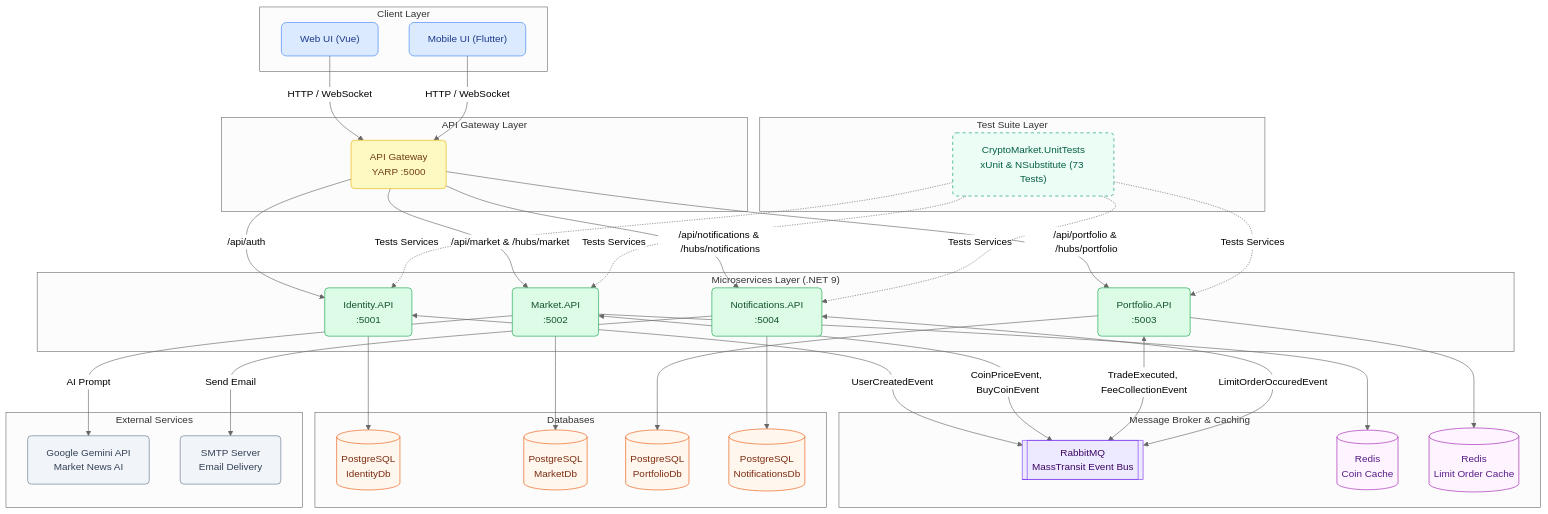
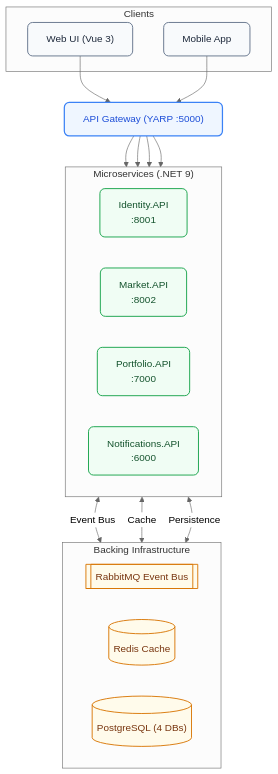
One commit to ibrahimkabadayi/CryptoMarket changed the diagram in README.md. Above: the diagram before and after it, drawn with Mermaid (neutral theme). The commit also changed other lines of this file, not shown here.

Commit message:
docs: simplify and update backend README.md with concise overview and feature highlights

````diff
--- a/README.md
+++ b/README.md
@@ -47,91 +35,43 @@
 ```mermaid
-  graph TB
-    subgraph clients["Client Layer"]
-        W["Web UI (Vue)"]
-        M["Mobile UI (Flutter)"]
+flowchart TD
+    %% Last verified against commit: be4cbee
+
+    subgraph Clients ["Clients"]
+        Web["Web UI (Vue 3)"]
+        Mobile["Mobile App"]
     end
 
-    subgraph gateway["API Gateway Layer"]
-        GW["API Gateway<br/>YARP :5000"]
+    Gateway["API Gateway (YARP :5000)"]
+
+    subgraph Services ["Microservices (.NET 9)"]
+        direction LR
+        Identity["Identity.API<br/>:8001"]
+        Market["Market.API<br/>:8002"]
+        Portfolio["Portfolio.API<br/>:7000"]
+        Notifications["Notifications.API<br/>:6000"]
     end
 
-    subgraph backend["Microservices Layer (.NET 9)"]
-        ID["Identity.API<br/>:5001"]
-        MK["Market.API<br/>:5002"]
-        PF["Portfolio.API<br/>:5003"]
-        NO["Notifications.API<br/>:5004"]
+    subgraph Infrastructure ["Backing Infrastructure"]
+        direction LR
+        Bus[["RabbitMQ Event Bus"]]
+        Cache[("Redis Cache")]
+        DBs[("PostgreSQL (4 DBs)")]
     end
 
-    subgraph testing["Test Suite Layer"]
-        UT["CryptoMarket.UnitTests<br/>xUnit & NSubstitute (73 Tests)"]
-    end
+    Web & Mobile --> Gateway
+    Gateway --> Identity & Market & Portfolio & Notifications
 
-    subgraph messaging["Message Broker & Caching"]
-        RMQ[["RabbitMQ<br/>MassTransit Event Bus"]]
-        RD1[("Redis<br/>Coin Cache")]
-        RD2[("Redis<br/>Limit Order Cache")]
-    end
+    Services <-->|Event Bus| Bus
+    Services <-->|Cache| Cache
+    Services <-->|Persistence| DBs
 
-    subgraph persistence["Databases"]
-        PG1[("PostgreSQL<br/>IdentityDb")]
-        PG2[("PostgreSQL<br/>MarketDb")]
-        PG3[("PostgreSQL<br/>PortfolioDb")]
-        PG4[("PostgreSQL<br/>NotificationsDb")]
-    end
+    classDef client fill:#f8fafc,stroke:#64748b,stroke-width:1.5px,color:#1e293b,rx:8
+    classDef gw fill:#eff6ff,stroke:#3b82f6,stroke-width:2px,color:#1d4ed8,rx:8
+    classDef svc fill:#f0fdf4,stroke:#16a34a,stroke-width:1.5px,color:#14532d,rx:8
+    classDef infra fill:#fffbeb,stroke:#d97706,stroke-width:1.5px,color:#78350f,rx:8
 
-    subgraph external["External Services"]
-        GEMINI["Google Gemini API<br/>Market News AI"]
-        SMTP["SMTP Server<br/>Email Delivery"]
-    end
-
-    %% Client Traffic
-    W & M -->|HTTP / WebSocket| GW
-
-    %% Gateway Routing
-    GW -->|/api/auth| ID
-    GW -->|/api/market & /hubs/market| MK
-    GW -->|/api/portfolio & /hubs/portfolio| PF
-    GW -->|/api/notifications & /hubs/notifications| NO
-
-    %% Unit Test Coverage
-    UT -.->|Tests Services| ID
-    UT -.->|Tests Services| MK
-    UT -.->|Tests Services| PF
-    UT -.->|Tests Services| NO
-
-    %% Event Bus
-    ID <-->|UserCreatedEvent| RMQ
-    MK <-->|CoinPriceEvent, BuyCoinEvent| RMQ
-    PF <-->|TradeExecuted, FeeCollectionEvent| RMQ
-    NO <-->|LimitOrderOccuredEvent| RMQ
-
-    %% External APIs
-    MK -->|AI Prompt| GEMINI
-    NO -->|Send Email| SMTP
-
-    %% Persistence & Cache
-    ID --> PG1
-    MK --> PG2
-    MK --> RD1
-    PF --> PG3
-    PF --> RD2
-    NO --> PG4
-
-    classDef ui       fill:#dbeafe,stroke:#3b82f6,color:#1e3a8a,rx:8
-    classDef gw       fill:#fef9c3,stroke:#eab308,color:#713f12,rx:6
-    classDef bus      fill:#ede9fe,stroke:#7c3aed,color:#3b0764,rx:6
-    classDef svc      fill:#dcfce7,stroke:#16a34a,color:#14532d,rx:6
-    classDef test     fill:#ecfdf5,stroke:#059669,color:#065f46,stroke-dasharray: 5 5,rx:6
-    classDef postgres fill:#fff7ed,stroke:#ea580c,color:#7c2d12,rx:6
-    classDef redis    fill:#fdf4ff,stroke:#a21caf,color:#581c87,rx:6
-    classDef ext      fill:#f1f5f9,stroke:#64748b,color:#334155,rx:6
-
-    class W,M ui
-    class GW gw
-    class RMQ bus
-    class ID,NO,MK,PF svc
-    class UT test
-    class PG1,PG2,PG3,PG4 postgres
-    class RD1,RD2 redis
-    class GEMINI,SMTP ext
+    class Web,Mobile client
+    class Gateway gw
+    class Identity,Market,Portfolio,Notifications svc
+    class Bus,Cache,DBs infra
 ```
````
